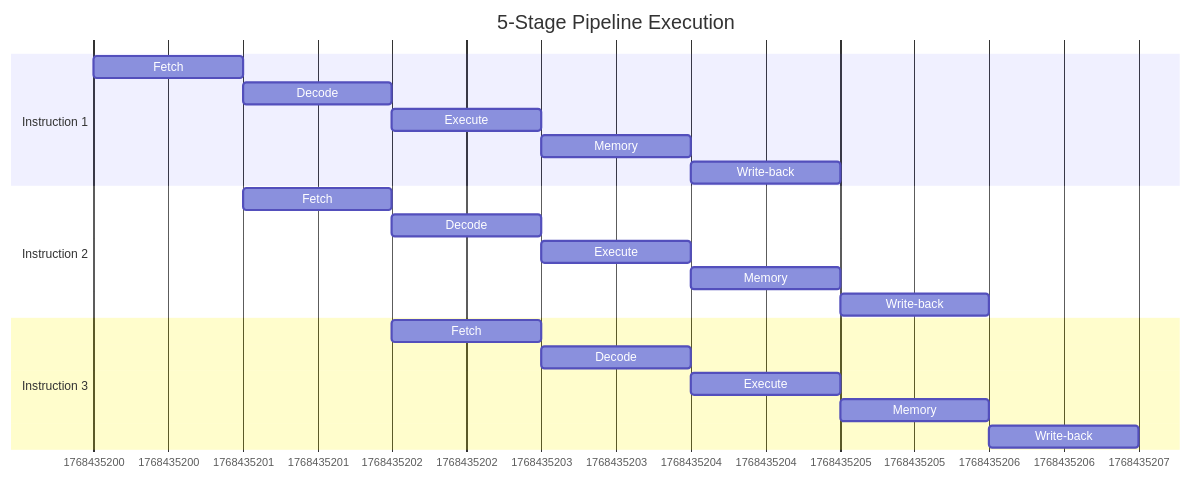
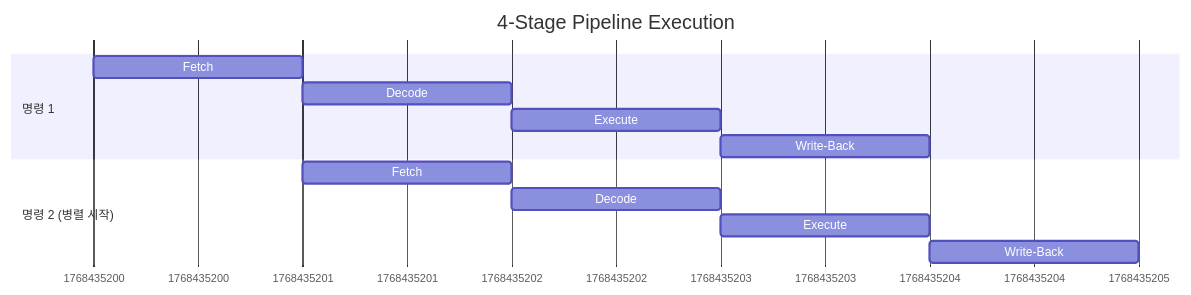
The second of 2 diagrams in 00-cs-basics/computer-architecture.md (thseo4813/Study-Notes), drawn with Mermaid before and after one commit. The commit also changed other lines of this file and 21 other files, not shown here.

````diff
--- a/00-cs-basics/computer-architecture.md
+++ b/00-cs-basics/computer-architecture.md
@@ -196,27 +77,18 @@
 ```mermaid
 gantt
-    title 5-Stage Pipeline Execution
+    title 4-Stage Pipeline Execution
     dateFormat  s
     axisFormat %s
 
-    section Instruction 1
+    section 명령 1
     Fetch       :a1, 0, 1s
     Decode      :a2, after a1, 1s
     Execute     :a3, after a2, 1s
-    Memory      :a4, after a3, 1s
-    Write-back  :a5, after a4, 1s
+    Write-Back  :a4, after a3, 1s
 
-    section Instruction 2
+    section 명령 2 (병렬 시작)
     Fetch       :b1, after a1, 1s
     Decode      :b2, after b1, 1s
     Execute     :b3, after b2, 1s
-    Memory      :b4, after b3, 1s
-    Write-back  :b5, after b4, 1s
-
-    section Instruction 3
-    Fetch       :c1, after b1, 1s
-    Decode      :c2, after c1, 1s
-    Execute     :c3, after c2, 1s
-    Memory      :c4, after c3, 1s
-    Write-back  :c5, after c4, 1s
+    Write-Back  :b4, after b3, 1s
 ```
````
